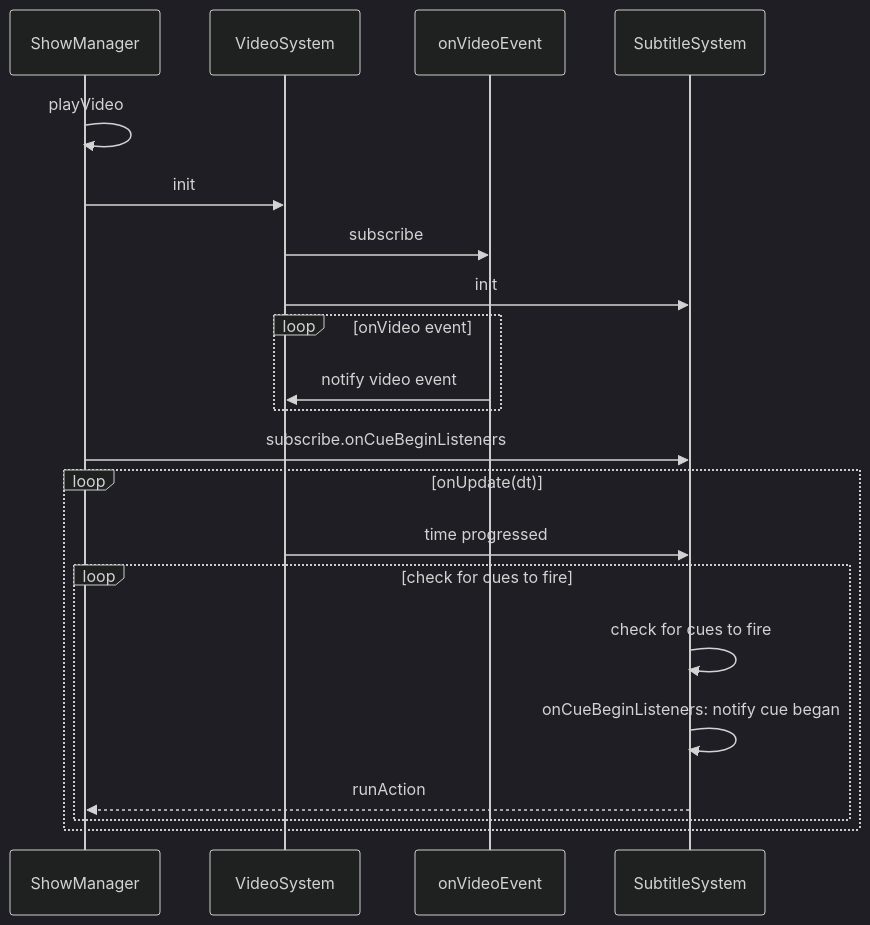
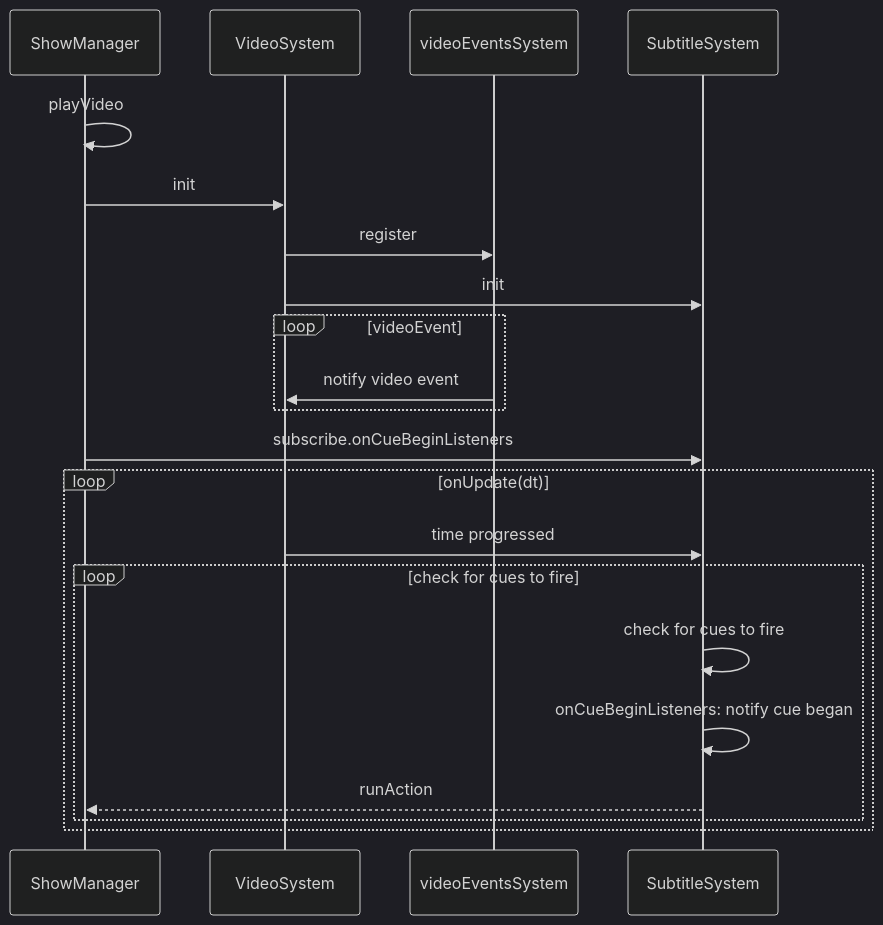
The first of 2 diagrams in README.md (Vegas-City/show-manager), drawn with Mermaid (dark theme) before and after one commit. The commit also changed other lines of this file, not shown here.

Commit message:
Update README.md - sequence diagram

````diff
--- a/README.md
+++ b/README.md
@@ -539,21 +539,21 @@
 ```mermaid
 sequenceDiagram
     
     ShowManager->> ShowManager : playVideo
     ShowManager->> VideoSystem : init
-    VideoSystem->>onVideoEvent: subscribe
+    VideoSystem->>videoEventsSystem: register
     VideoSystem->> SubtitleSystem : init
-    loop onVideo event
-        onVideoEvent->>VideoSystem: notify video event
+    loop videoEvent
+        videoEventsSystem->>VideoSystem: notify video event
     end
     ShowManager->> SubtitleSystem : subscribe.onCueBeginListeners
     loop onUpdate(dt)
         VideoSystem->>SubtitleSystem: time progressed
         loop check for cues to fire
             SubtitleSystem->>SubtitleSystem: check for cues to fire
             SubtitleSystem->>SubtitleSystem : onCueBeginListeners: notify cue began
             SubtitleSystem-->>ShowManager : runAction
         end
     end
     
 ```
````
